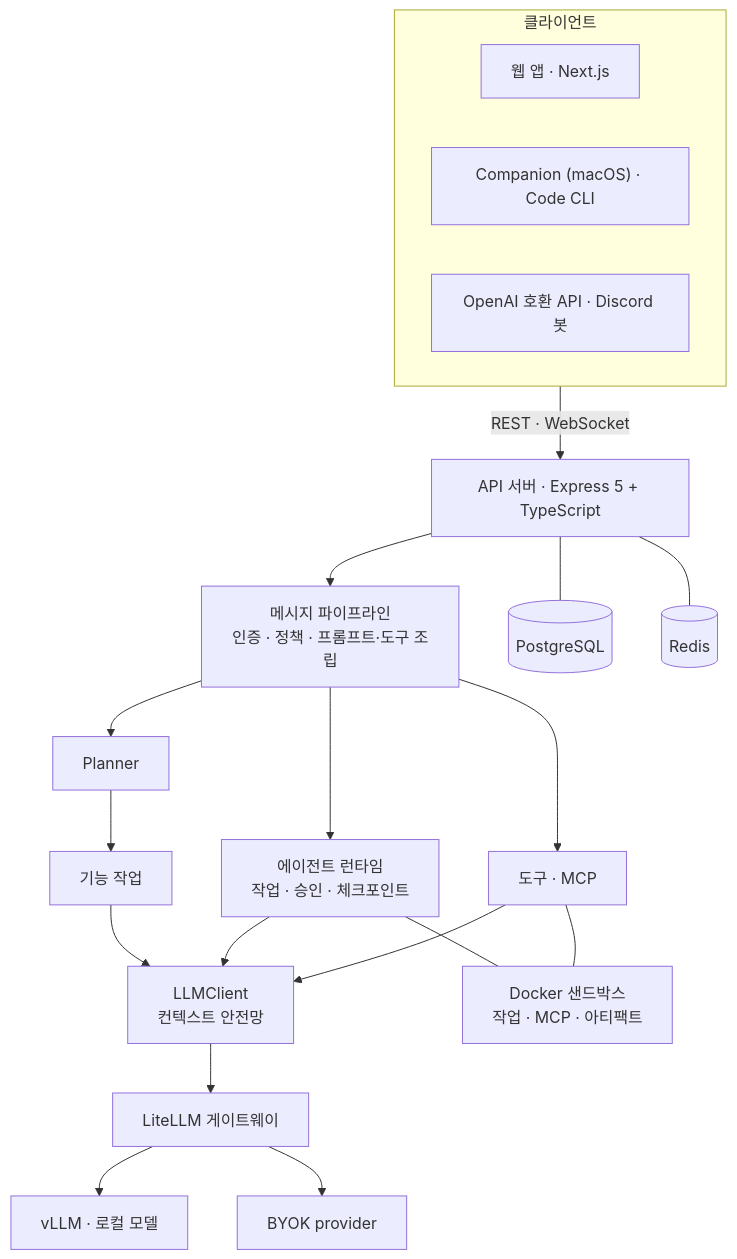
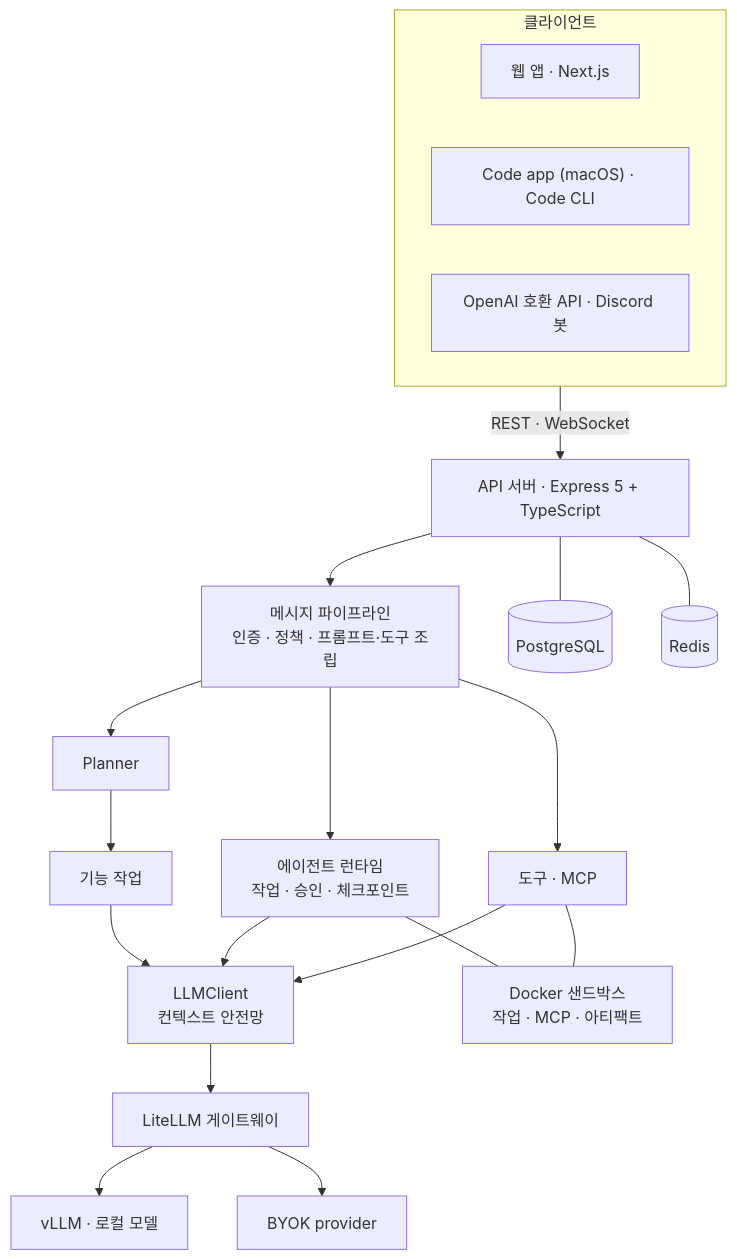
The second of 2 diagrams in README.ko.md (openmake/openmake_llm), drawn with Mermaid before and after one commit. The commit also changed other lines of this file and 6 other files, not shown here.

First line of the commit message:
docs(companion): 앱 이름 OpenMake Code, 다리는 release/desktop-bridge·게시기 다리 보충 (PR-2.5)

````diff
--- a/README.ko.md
+++ b/README.ko.md
@@ -208,24 +208,24 @@
 ```mermaid
 flowchart TB
     subgraph clients["클라이언트"]
         WEB["웹 앱 · Next.js"]
-        NATIVE["Companion (macOS) · Code CLI"]
+        NATIVE["Code app (macOS) · Code CLI"]
         APIC["OpenAI 호환 API · Discord 봇"]
     end
     clients -->|"REST · WebSocket"| API["API 서버 · Express 5 + TypeScript"]
     API --> PIPE["메시지 파이프라인<br/>인증 · 정책 · 프롬프트·도구 조립"]
     PIPE --> PLAN["Planner"]
     PLAN --> CAP["기능 작업"]
     PIPE --> AGT["에이전트 런타임<br/>작업 · 승인 · 체크포인트"]
     PIPE --> TOOLS["도구 · MCP"]
     CAP --> LLM["LLMClient<br/>컨텍스트 안전망"]
     AGT --> LLM
     TOOLS --> LLM
     LLM --> GW["LiteLLM 게이트웨이"]
     GW --> VLLM["vLLM · 로컬 모델"]
     GW --> EXT["BYOK provider"]
     API --- PG[("PostgreSQL")]
     API --- RD[("Redis")]
     AGT --- SB["Docker 샌드박스<br/>작업 · MCP · 아티팩트"]
     TOOLS --- SB
 ```
````
